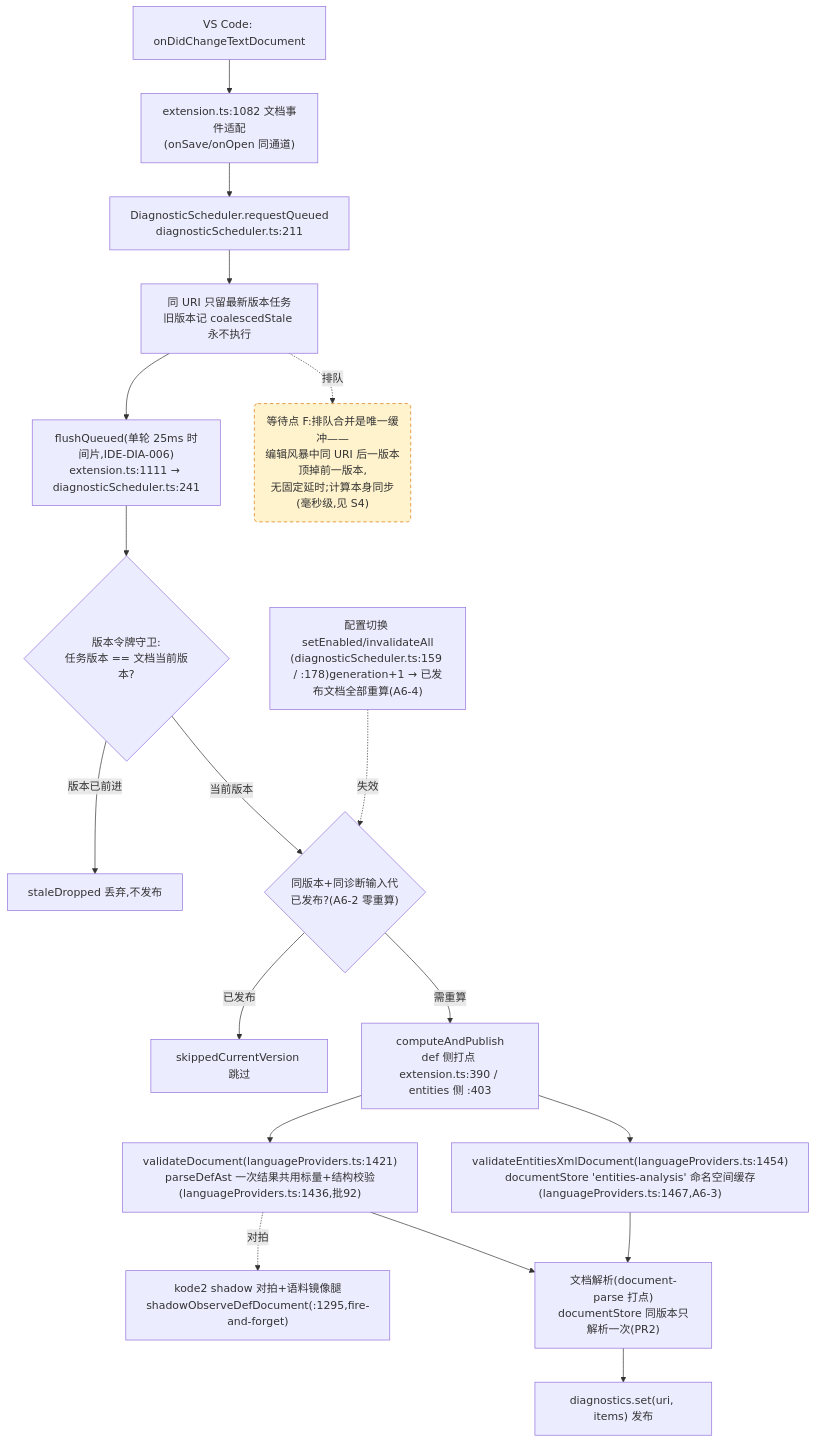
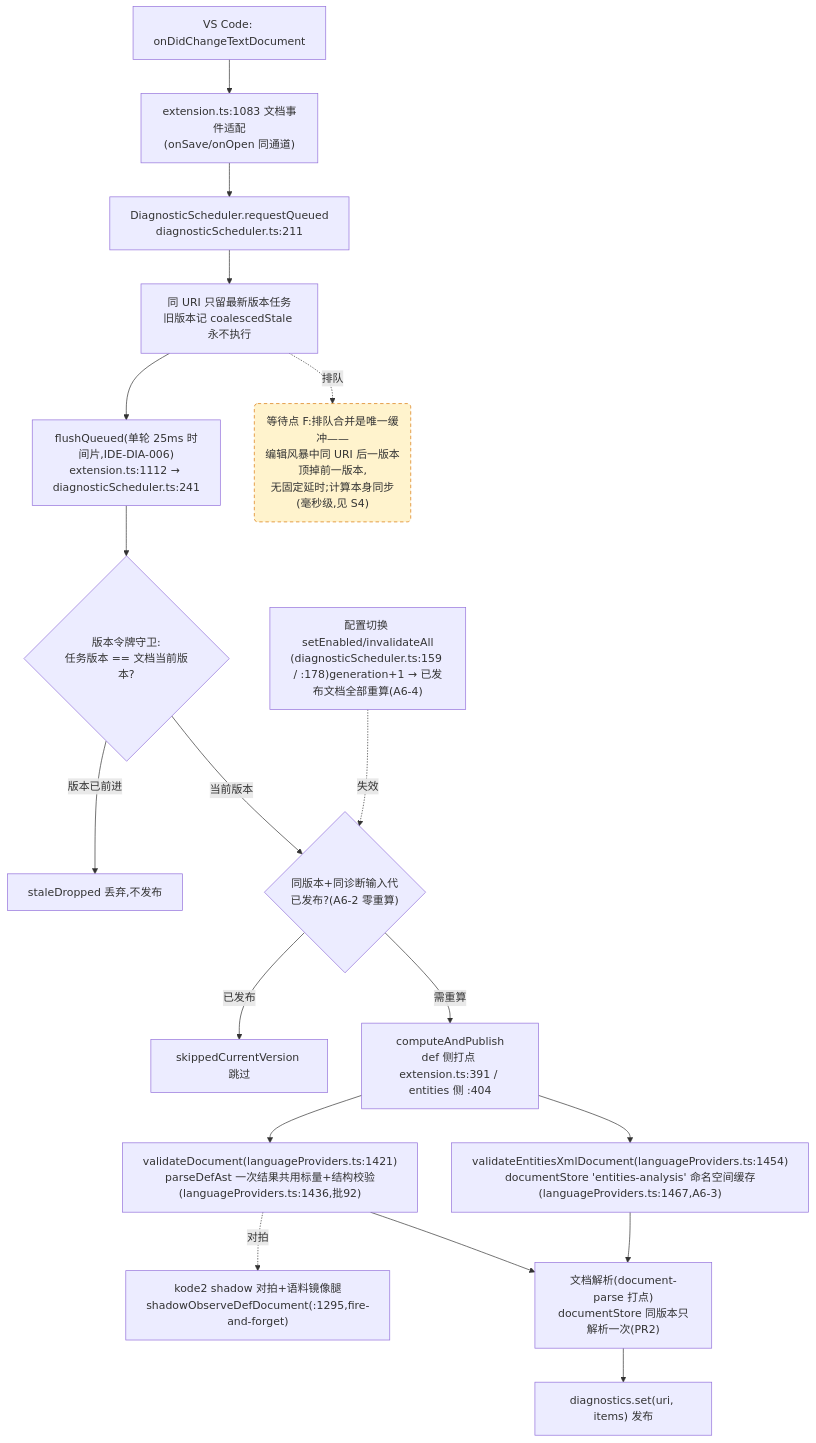
The fourth of 4 diagrams in docs/perf/2026-baseline.md (cuihairu/kode), drawn with Mermaid before and after one commit. The commit also changed other lines of this file and 12 other files, not shown here.

````diff
--- a/docs/perf/2026-baseline.md
+++ b/docs/perf/2026-baseline.md
@@ -214,38 +214,38 @@
 ```mermaid
 flowchart TD
   CHG["VS Code: onDidChangeTextDocument"]
-  WATCH["extension.ts:1082 文档事件适配<br/>(onSave/onOpen 同通道)"]
+  WATCH["extension.ts:1083 文档事件适配<br/>(onSave/onOpen 同通道)"]
   RQ["DiagnosticScheduler.requestQueued<br/>diagnosticScheduler.ts:211"]
   CO["同 URI 只留最新版本任务<br/>旧版本记 coalescedStale 永不执行"]
-  FL["flushQueued(单轮 25ms 时间片,IDE-DIA-006)<br/>extension.ts:1111 → diagnosticScheduler.ts:241"]
+  FL["flushQueued(单轮 25ms 时间片,IDE-DIA-006)<br/>extension.ts:1112 → diagnosticScheduler.ts:241"]
   VG{"版本令牌守卫:<br/>任务版本 == 文档当前版本?"}
   DROP["staleDropped 丢弃,不发布"]
   GEN{"同版本+同诊断输入代<br/>已发布?(A6-2 零重算)"}
   SKIP["skippedCurrentVersion 跳过"]
-  CALC["computeAndPublish<br/>def 侧打点 extension.ts:390 / entities 侧 :403"]
+  CALC["computeAndPublish<br/>def 侧打点 extension.ts:391 / entities 侧 :404"]
   VD["validateDocument(languageProviders.ts:1421)<br/>parseDefAst 一次结果共用标量+结构校验(languageProviders.ts:1436,批92)"]
   VEX["validateEntitiesXmlDocument(languageProviders.ts:1454)<br/>documentStore 'entities-analysis' 命名空间缓存(languageProviders.ts:1467,A6-3)"]
   SHDD["kode2 shadow 对拍+语料镜像腿<br/>shadowObserveDefDocument(:1295,fire-and-forget)"]
   DS["文档解析(document-parse 打点)<br/>documentStore 同版本只解析一次(PR2)"]
   PUB["diagnostics.set(uri, items) 发布"]
   CFG2["配置切换 setEnabled/invalidateAll<br/>(diagnosticScheduler.ts:159 / :178)generation+1 → 已发布文档全部重算(A6-4)"]
 
   CHG --> WATCH --> RQ --> CO --> FL --> VG
   VG -- "版本已前进" --> DROP
   VG -- "当前版本" --> GEN
   GEN -- "已发布" --> SKIP
   GEN -- "需重算" --> CALC
   CALC --> VD
   CALC --> VEX
   VD --> DS
   VEX --> DS
   DS --> PUB
   VD -.->|对拍| SHDD
   CFG2 -.->|失效| GEN
 
   WAITF("等待点 F:排队合并是唯一缓冲——<br/>编辑风暴中同 URI 后一版本顶掉前一版本,<br/>无固定延时;计算本身同步(毫秒级,见 S4)")
   CO -.->|排队| WAITF
 
   classDef waitPoint fill:#fff3cd,stroke:#d97706,stroke-dasharray:5 4;
   class WAITF waitPoint;
 ```
````
